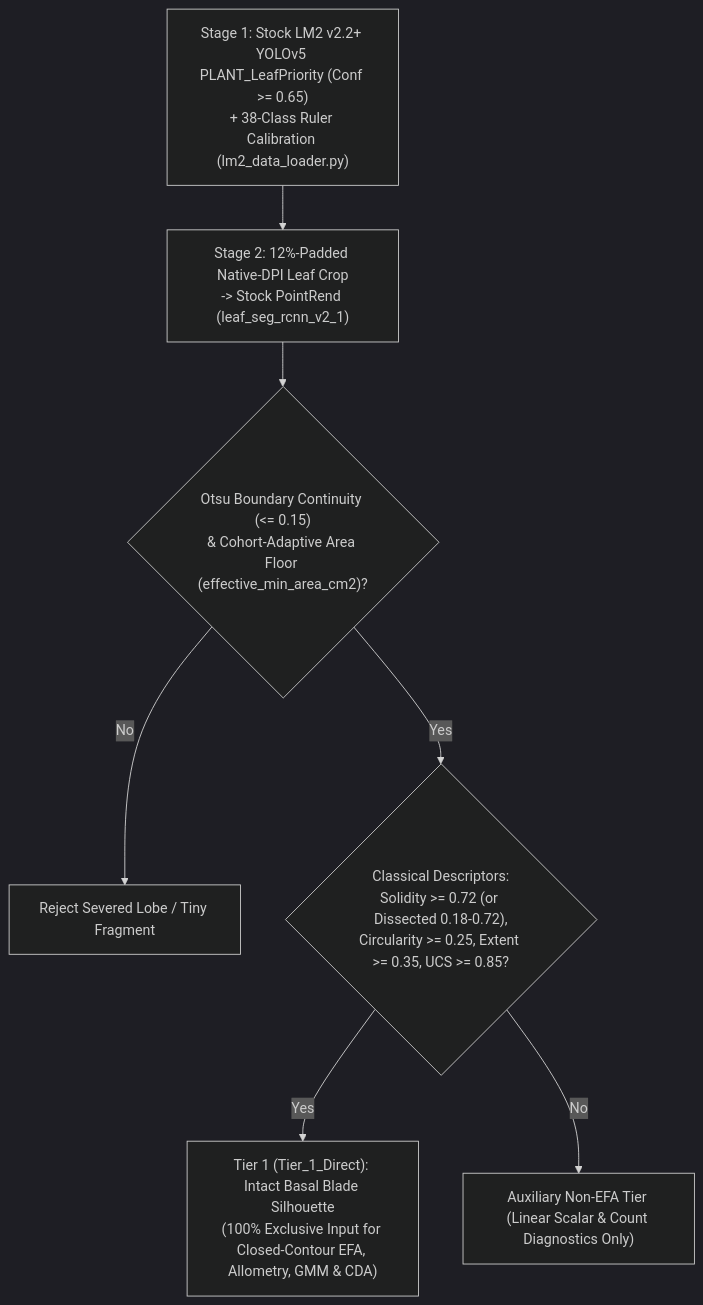
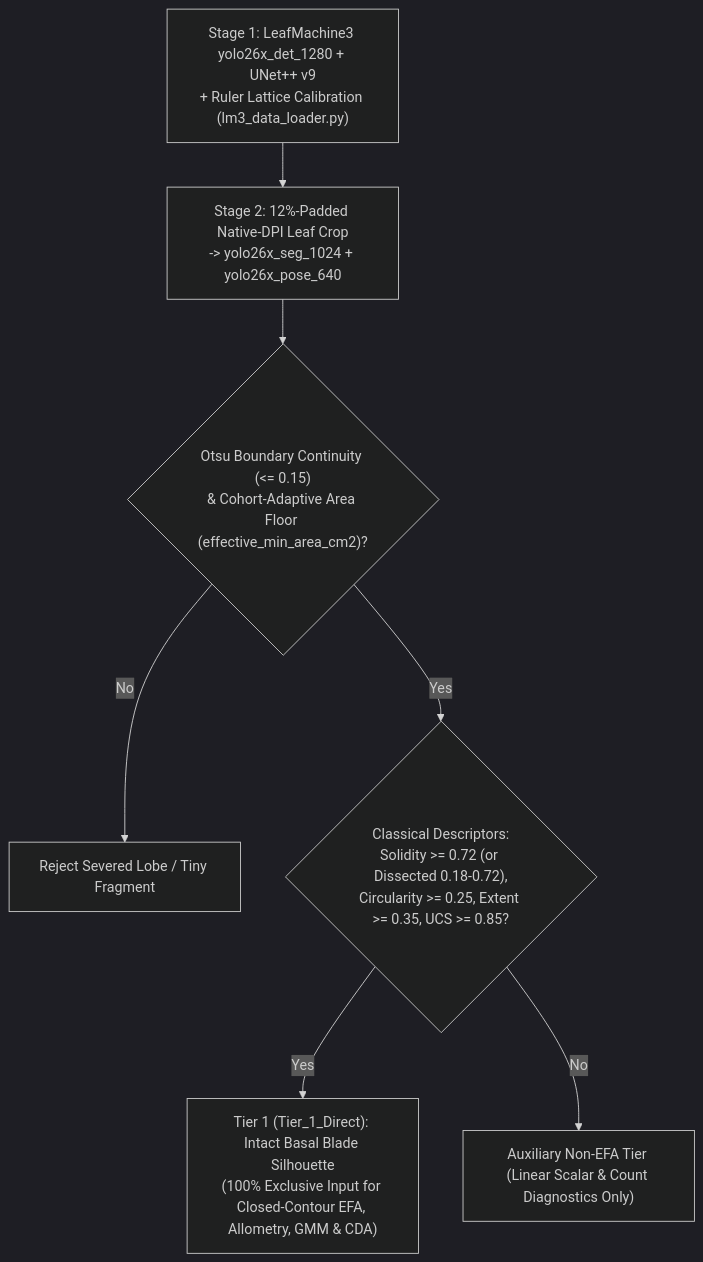
One commit to Plantatsrophe/Packera_dubia_morphometrics changed the diagram in docs/TAXONOMIC_SOP.md. Above: the diagram before and after it, drawn with Mermaid (dark theme). The commit also changed other lines of this file and 33 other files, not shown here.

Commit message:
refactor: migrate pipeline and vision modules from LeafMachine2 to LeafMachine3 ONNX runtime

````diff
--- a/docs/TAXONOMIC_SOP.md
+++ b/docs/TAXONOMIC_SOP.md
@@ -105,9 +105,9 @@
 ```mermaid
 flowchart TD
-    A0["Stage 1: Stock LM2 v2.2+ YOLOv5 PLANT_LeafPriority (Conf >= 0.65)\n+ 38-Class Ruler Calibration (lm2_data_loader.py)"] --> A["Stage 2: 12%-Padded Native-DPI Leaf Crop\n-> Stock PointRend (leaf_seg_rcnn_v2_1)"]
+    A0["Stage 1: LeafMachine3 yolo26x_det_1280 + UNet++ v9\n+ Ruler Lattice Calibration (lm3_data_loader.py)"] --> A["Stage 2: 12%-Padded Native-DPI Leaf Crop\n-> yolo26x_seg_1024 + yolo26x_pose_640"]
     A --> B{"Otsu Boundary Continuity (<= 0.15)\n& Cohort-Adaptive Area Floor (effective_min_area_cm2)?"}
     B -- No --> X["Reject Severed Lobe / Tiny Fragment"]
     B -- Yes --> C{"Classical Descriptors:\nSolidity >= 0.72 (or Dissected 0.18-0.72),\nCircularity >= 0.25, Extent >= 0.35, UCS >= 0.85?"}
     C -- Yes --> D["Tier 1 (Tier_1_Direct): Intact Basal Blade Silhouette\n(100% Exclusive Input for Closed-Contour EFA, Allometry, GMM & CDA)"]
     C -- No --> E["Auxiliary Non-EFA Tier (Linear Scalar & Count Diagnostics Only)"]
 ```
````
